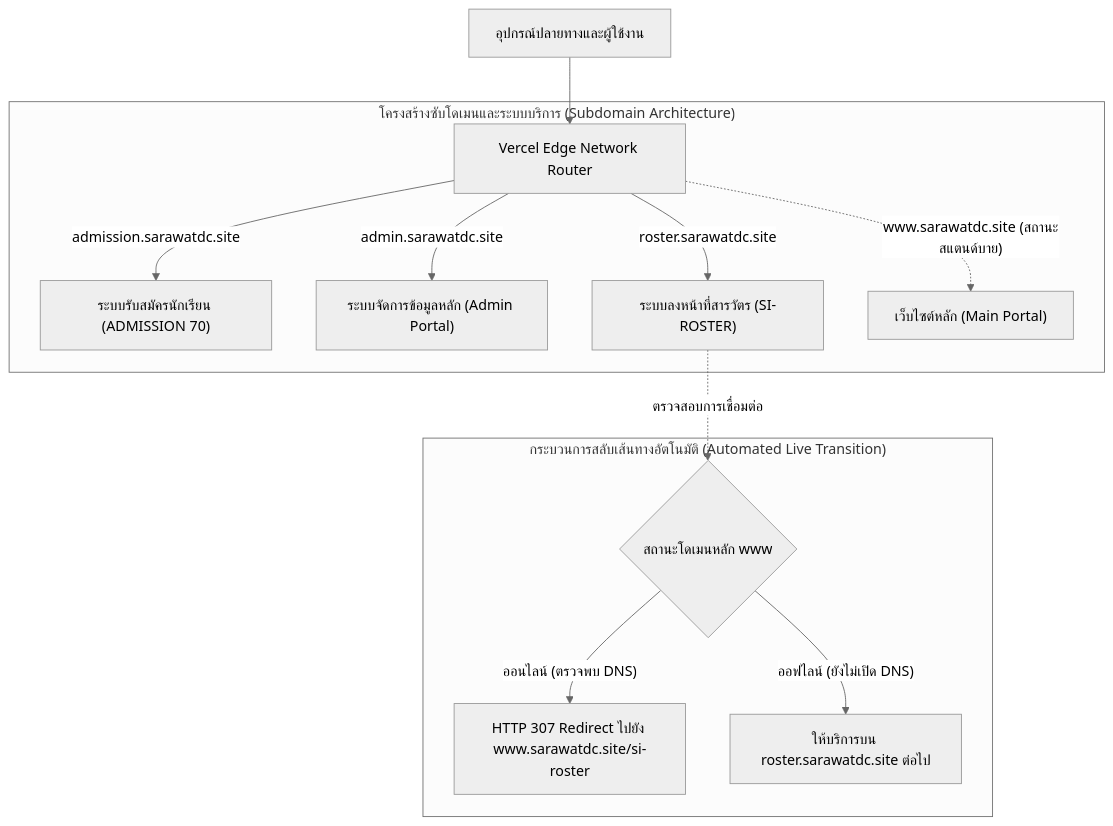
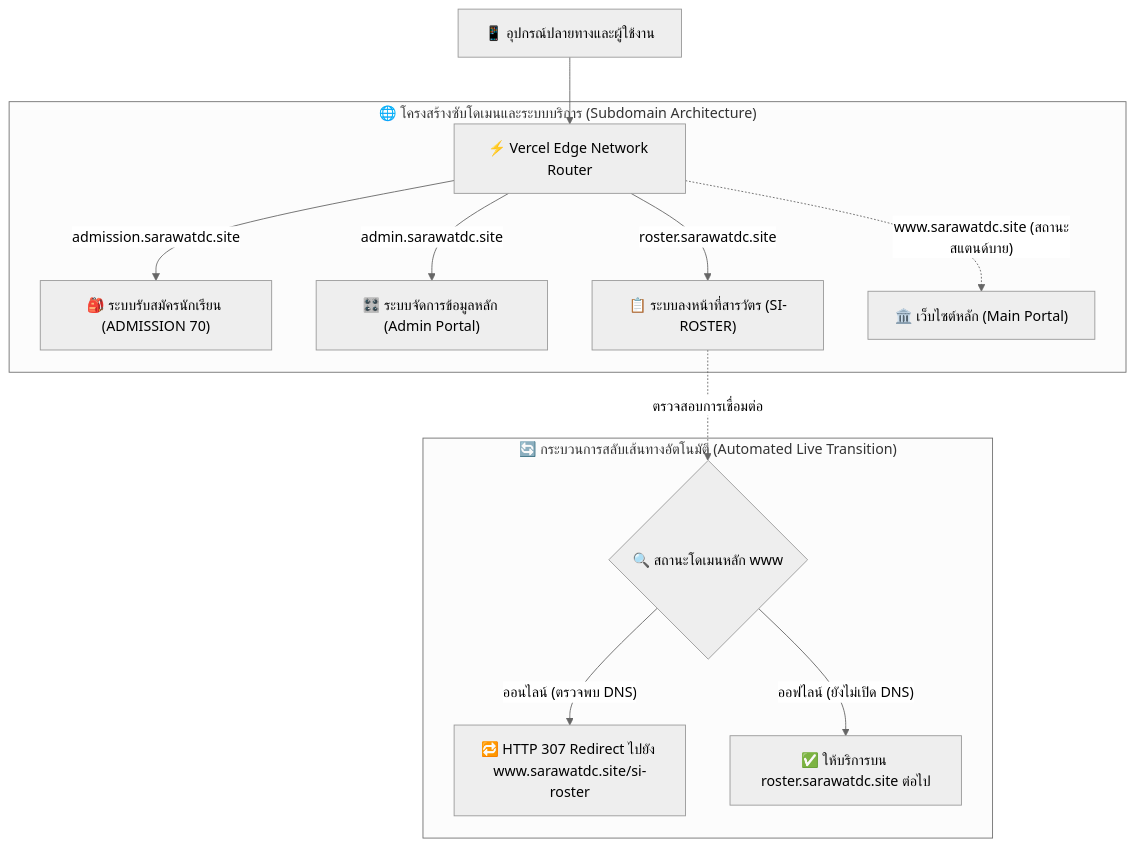
Before and after one commit to Pansamcth/sarawat-home: the diagram in README.md, drawn with Mermaid (neutral theme). The commit also changed other lines of this file, not shown here.

Commit message:
docs: formalize README structure with friendly emojis and fix mermaid diagram

````diff
--- a/README.md
+++ b/README.md
@@ -21,17 +21,17 @@
 ```mermaid
 flowchart TD
-    Client["อุปกรณ์ปลายทางและผู้ใช้งาน"] --> Edge["Vercel Edge Network Router"]
+    Client["📱 อุปกรณ์ปลายทางและผู้ใช้งาน"] --> Edge["⚡ Vercel Edge Network Router"]
 
-    subgraph Subdomains["โครงสร้างซับโดเมนและระบบบริการ (Subdomain Architecture)"]
-        Edge -->|"admission.sarawatdc.site"| Adm["ระบบรับสมัครนักเรียน (ADMISSION 70)"]
-        Edge -->|"admin.sarawatdc.site"| AdmPortal["ระบบจัดการข้อมูลหลัก (Admin Portal)"]
-        Edge -->|"roster.sarawatdc.site"| Roster["ระบบลงหน้าที่สารวัตร (SI-ROSTER)"]
-        Edge -.->|"www.sarawatdc.site (สถานะสแตนด์บาย)"| Main["เว็บไซต์หลัก (Main Portal)"]
+    subgraph Subdomains["🌐 โครงสร้างซับโดเมนและระบบบริการ (Subdomain Architecture)"]
+        Edge -->|"admission.sarawatdc.site"| Adm["🎒 ระบบรับสมัครนักเรียน (ADMISSION 70)"]
+        Edge -->|"admin.sarawatdc.site"| AdmPortal["🎛️ ระบบจัดการข้อมูลหลัก (Admin Portal)"]
+        Edge -->|"roster.sarawatdc.site"| Roster["📋 ระบบลงหน้าที่สารวัตร (SI-ROSTER)"]
+        Edge -.->|"www.sarawatdc.site (สถานะสแตนด์บาย)"| Main["🏛️ เว็บไซต์หลัก (Main Portal)"]
     end
 
-    subgraph AutoSwitch["กระบวนการสลับเส้นทางอัตโนมัติ (Automated Live Transition)"]
-        Roster -.->|"ตรวจสอบการเชื่อมต่อ"| Ping{"สถานะโดเมนหลัก www"}
-        Ping -->|"ออนไลน์ (ตรวจพบ DNS)"| Redirect["HTTP 307 Redirect ไปยัง www.sarawatdc.site/si-roster"]
-        Ping -->|"ออฟไลน์ (ยังไม่เปิด DNS)"| Standalone["ให้บริการบน roster.sarawatdc.site ต่อไป"]
+    subgraph AutoSwitch["🔄 กระบวนการสลับเส้นทางอัตโนมัติ (Automated Live Transition)"]
+        Roster -.->|"ตรวจสอบการเชื่อมต่อ"| Ping{"🔍 สถานะโดเมนหลัก www"}
+        Ping -->|"ออนไลน์ (ตรวจพบ DNS)"| Redirect["🔁 HTTP 307 Redirect ไปยัง www.sarawatdc.site/si-roster"]
+        Ping -->|"ออฟไลน์ (ยังไม่เปิด DNS)"| Standalone["✅ ให้บริการบน roster.sarawatdc.site ต่อไป"]
     end
 ```
````
